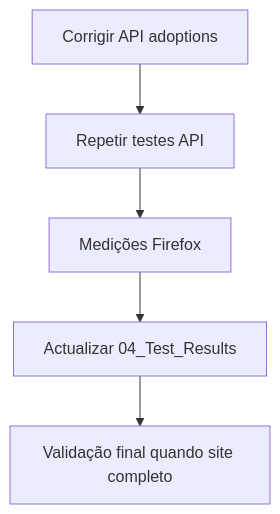
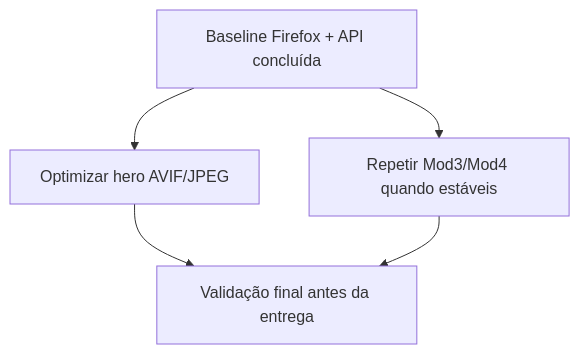
The diagram in 06_Performance/05_Recommendations.md (bulletproof20/MiaCaoMigo_Engineering), drawn with Mermaid before and after one commit. The commit also changed other lines of this file and 22 other files, not shown here.

````diff
--- a/06_Performance/05_Recommendations.md
+++ b/06_Performance/05_Recommendations.md
@@ -75,7 +77,7 @@
 ```mermaid
 flowchart TD
-    fixApi[Corrigir API adoptions] --> retestApi[Repetir testes API]
-    retestApi --> firefox[Medições Firefox]
-    firefox --> updateResults[Actualizar 04_Test_Results]
-    updateResults --> validation[Validação final quando site completo]
+    baseline[Baseline Firefox + API concluída] --> hero[Optimizar hero AVIF/JPEG]
+    baseline --> mod34[Repetir Mod3/Mod4 quando estáveis]
+    hero --> validation[Validação final antes da entrega]
+    mod34 --> validation
 ```
````
